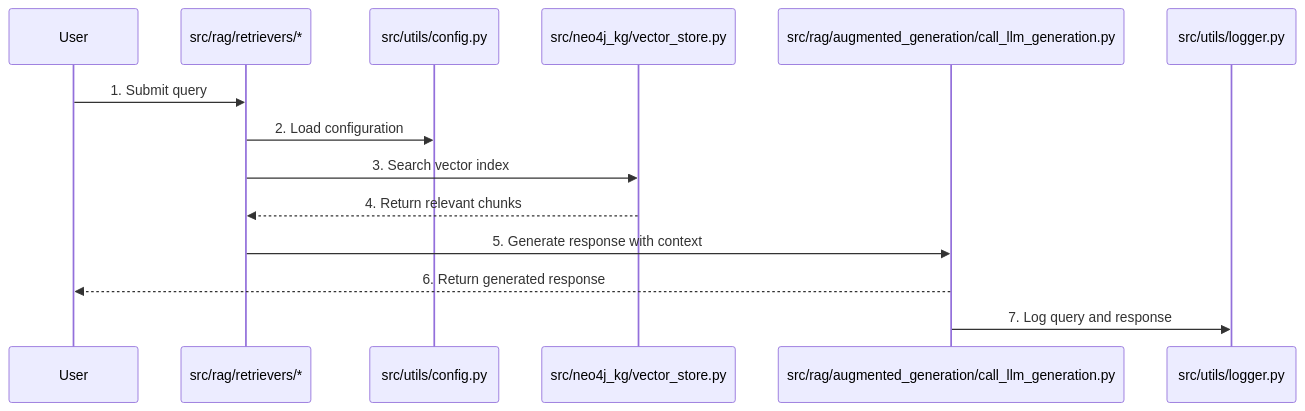
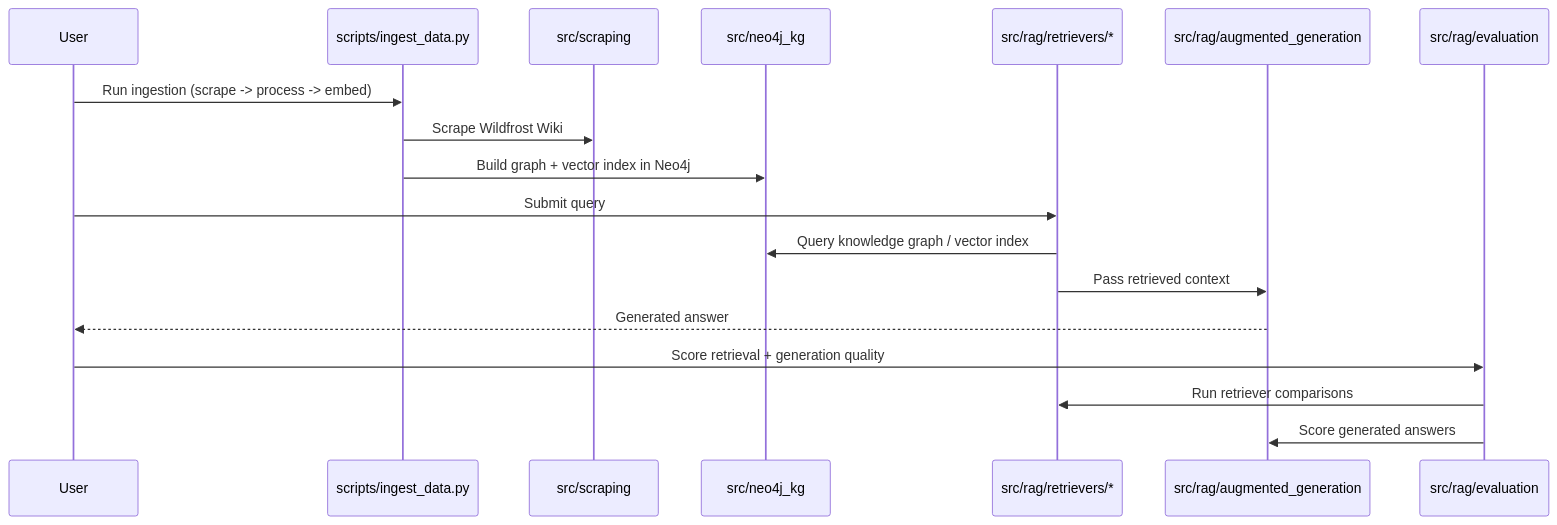
The diagram in README.md (LakhvirMadhar/WildFrostRAG), drawn with Mermaid before and after one commit. The commit also changed other lines of this file and 4 other files, not shown here.

````diff
--- a/README.md
+++ b/README.md
@@ -145,17 +29,21 @@
 ```mermaid
 sequenceDiagram
     participant User
+    participant IngestScript as scripts/ingest_data.py
+    participant WikiScraper as src/scraping
+    participant GraphBuilder as src/neo4j_kg
     participant Retriever as src/rag/retrievers/*
-    participant Config as src/utils/config.py
-    participant VectorStore as src/neo4j_kg/vector_store.py
-    participant LLMGen as src/rag/augmented_generation/call_llm_generation.py
-    participant Logger as src/utils/logger.py
+    participant LLMGen as src/rag/augmented_generation
+    participant Eval as src/rag/evaluation
 
-    User->>Retriever: 1. Submit query
-    Retriever->>Config: 2. Load configuration
-    Retriever->>VectorStore: 3. Search vector index
-    VectorStore-->>Retriever: 4. Return relevant chunks
-    Retriever->>LLMGen: 5. Generate response with context
-    LLMGen-->>User: 6. Return generated response
-    LLMGen->>Logger: 7. Log query and response
+    User->>IngestScript: Run ingestion (scrape -> process -> embed)
+    IngestScript->>WikiScraper: Scrape Wildfrost Wiki
+    IngestScript->>GraphBuilder: Build graph + vector index in Neo4j
+    User->>Retriever: Submit query
+    Retriever->>GraphBuilder: Query knowledge graph / vector index
+    Retriever->>LLMGen: Pass retrieved context
+    LLMGen-->>User: Generated answer
+    User->>Eval: Score retrieval + generation quality
+    Eval->>Retriever: Run retriever comparisons
+    Eval->>LLMGen: Score generated answers
 ```
````
